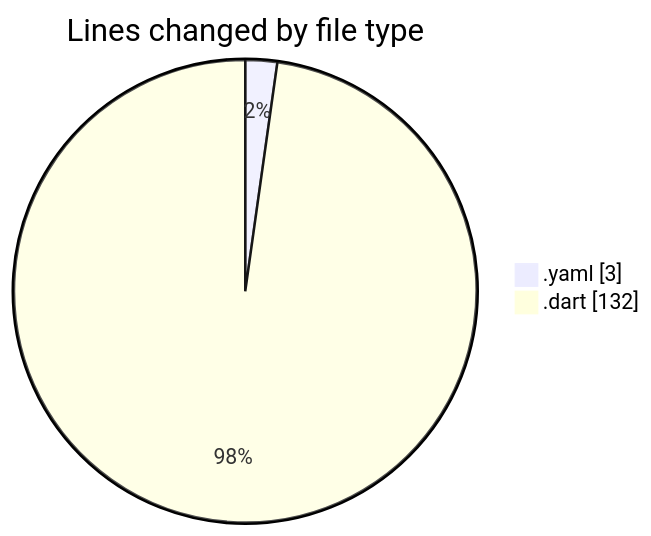
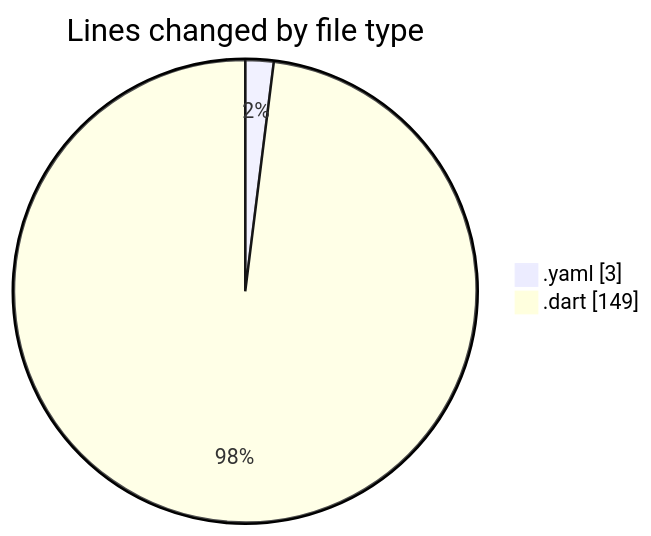
Before and after one commit to donsfak/code-tracking: the first of 2 diagrams in 2025-02-27/drivers_app/README.md, drawn with Mermaid. The commit also changed other lines of this file and 1 other file, not shown here.

````diff
--- a/2025-02-27/drivers_app/README.md
+++ b/2025-02-27/drivers_app/README.md
@@ -22,6 +22,6 @@
 ```mermaid
 pie showData
 title Lines changed by file type
 ".yaml" : 3
-".dart" : 132
+".dart" : 149
 ```
````
